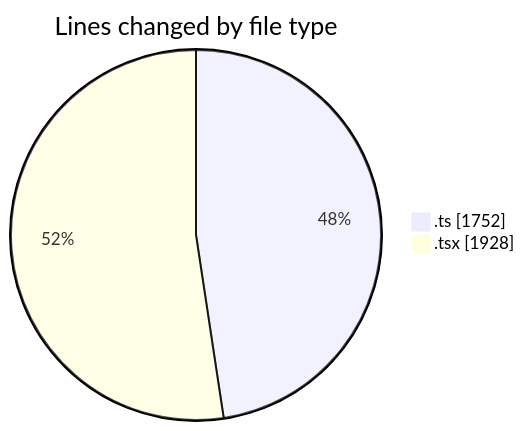
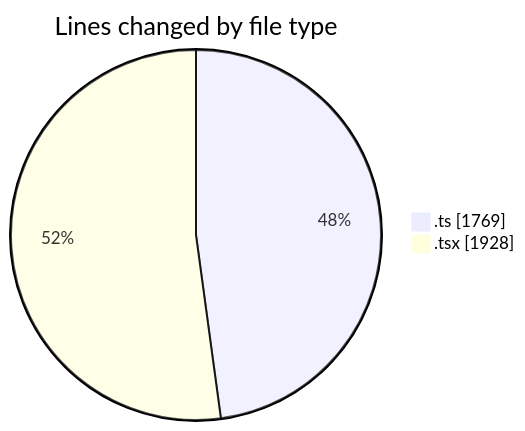
Before and after one commit to momahboobian/code-tracking: the first of 2 diagrams in 2025-07-01/cda/README.md, drawn with Mermaid. The commit also changed other lines of this file and 1 other file, not shown here.

````diff
--- a/2025-07-01/cda/README.md
+++ b/2025-07-01/cda/README.md
@@ -31,6 +31,6 @@
 ```mermaid
 pie showData
 title Lines changed by file type
-".ts" : 1752
+".ts" : 1769
 ".tsx" : 1928
 ```
````
